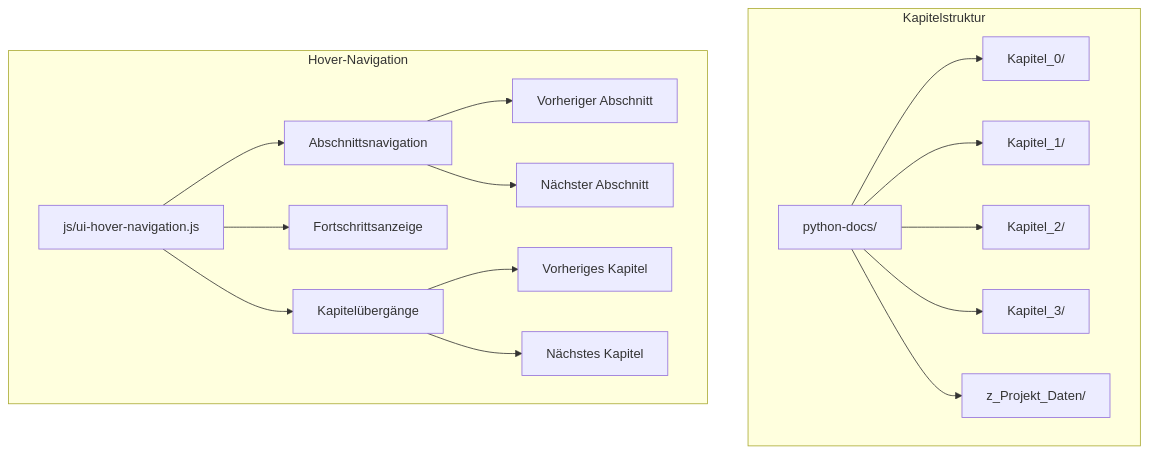
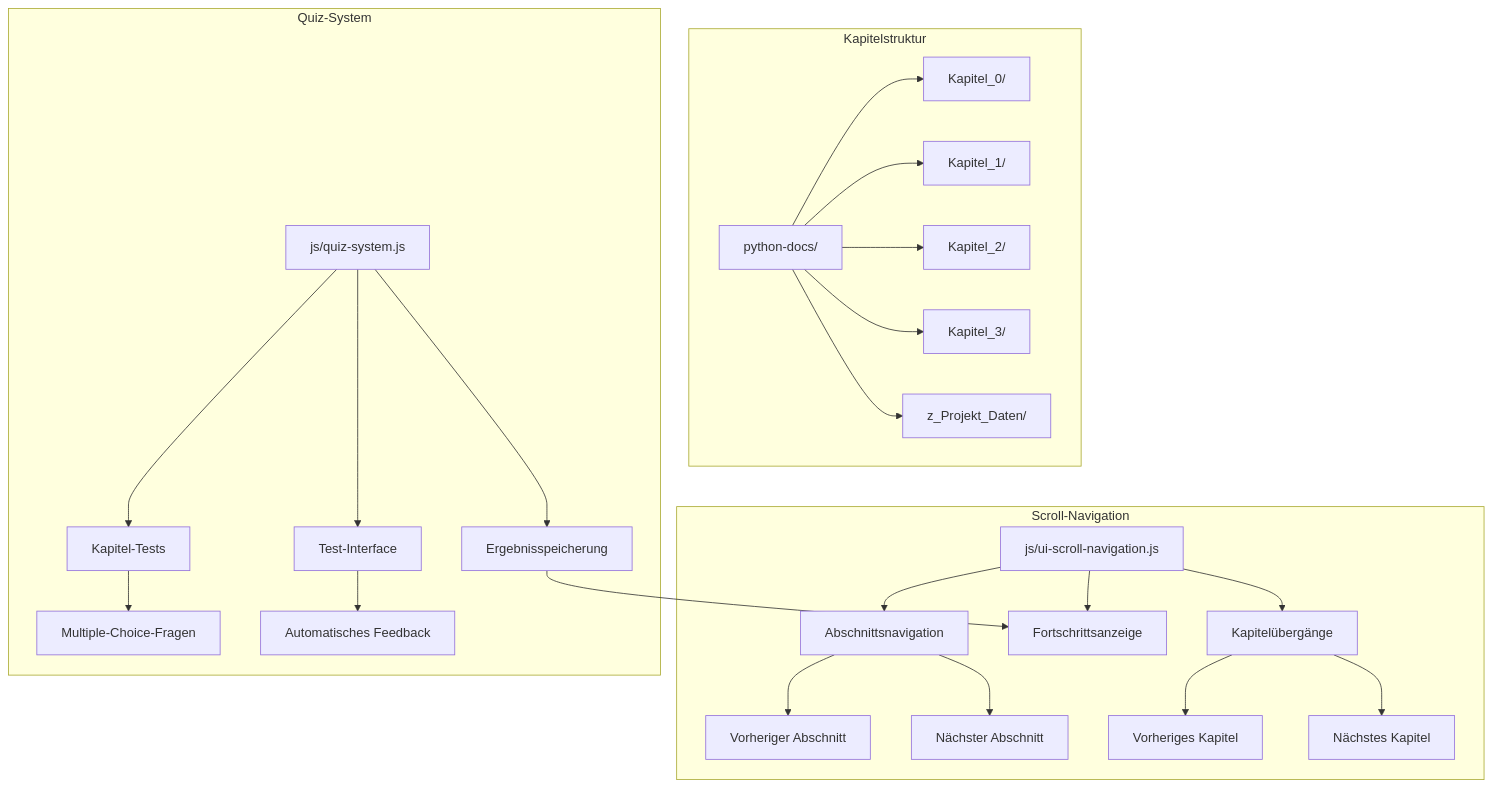
The fourth of 4 diagrams in README.md (vsvito420/python3), drawn with Mermaid before and after one commit. The commit also changed other lines of this file and 6 other files, not shown here.

````diff
--- a/README.md
+++ b/README.md
@@ -206,30 +208,42 @@
 ```mermaid
 graph TD
     subgraph "Kapitelstruktur"
         docs[python-docs/]
         kap0[Kapitel_0/]
         kap1[Kapitel_1/]
         kap2[Kapitel_2/]
         kap3[Kapitel_3/]
         projekt[z_Projekt_Daten/]
 
         docs --> kap0
         docs --> kap1
         docs --> kap2
         docs --> kap3
         docs --> projekt
     end
 
-    subgraph "Hover-Navigation"
-        hover[js/ui-hover-navigation.js]
+    subgraph "Scroll-Navigation"
+        scroll[js/ui-scroll-navigation.js]
 
-        hover --> sections[Abschnittsnavigation]
-        hover --> progress[Fortschrittsanzeige]
-        hover --> chapter[Kapitelübergänge]
+        scroll --> sections[Abschnittsnavigation]
+        scroll --> progress[Fortschrittsanzeige]
+        scroll --> chapter[Kapitelübergänge]
 
         sections --> prev[Vorheriger Abschnitt]
         sections --> next[Nächster Abschnitt]
         chapter --> prevChap[Vorheriges Kapitel]
         chapter --> nextChap[Nächstes Kapitel]
     end
+    
+    subgraph "Quiz-System"
+        quiz[js/quiz-system.js]
+        
+        quiz --> quizData[Kapitel-Tests]
+        quiz --> quizUI[Test-Interface]
+        quiz --> quizResults[Ergebnisspeicherung]
+        
+        quizData --> questions[Multiple-Choice-Fragen]
+        quizUI --> feedback[Automatisches Feedback]
+        quizResults --> progress[Fortschrittsanzeige]
+    end
 ```
````
